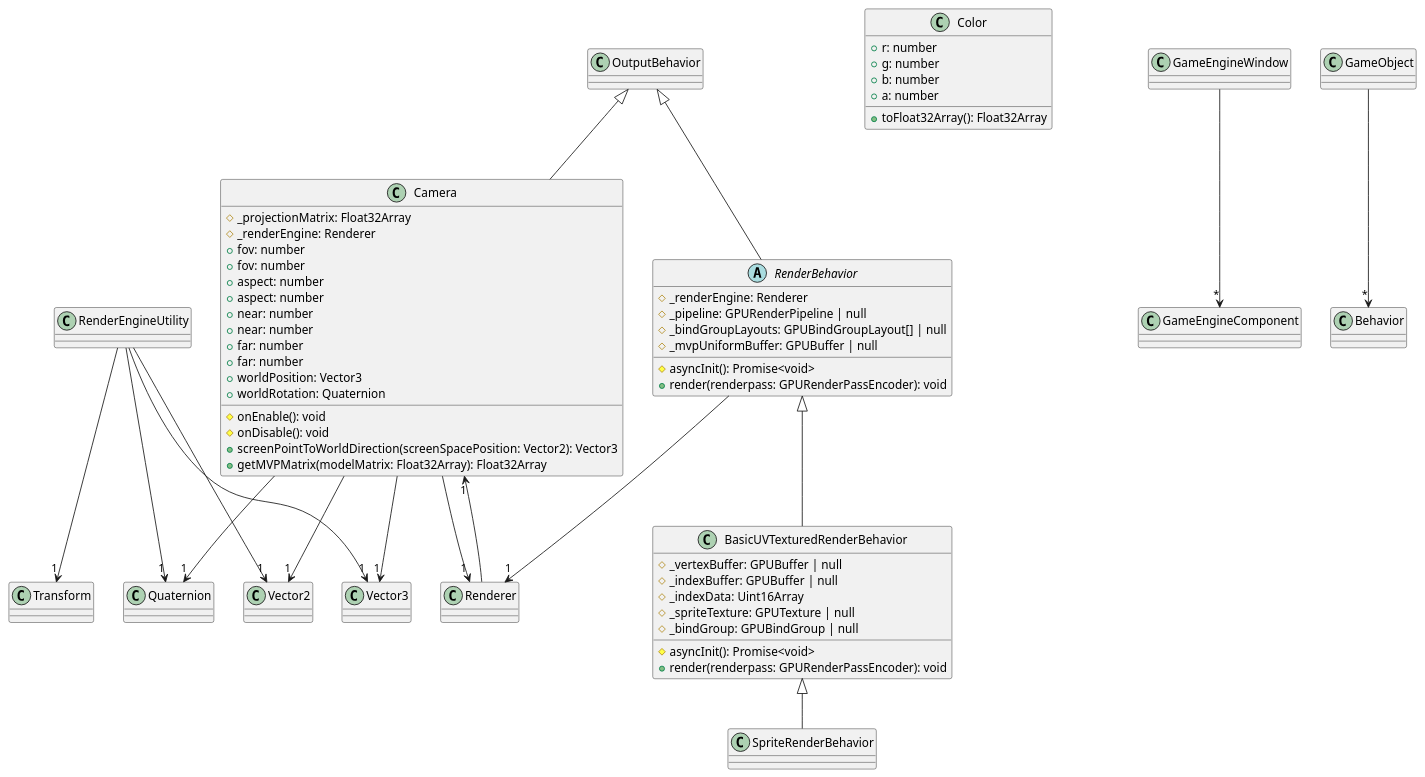
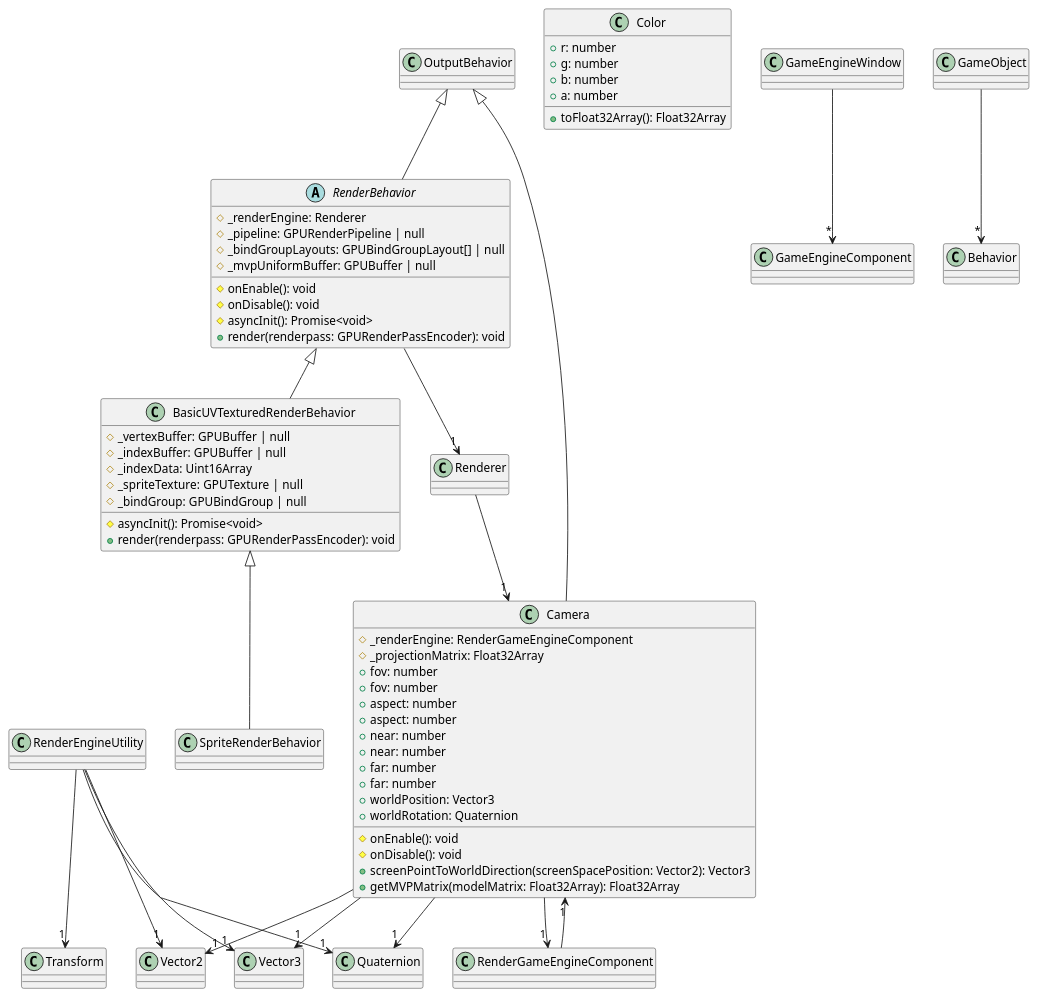
One commit to CPNV-ES/game-engine changed the diagram in doc/diagrams/Extensions_RenderEngine.puml. Above: the diagram before and after it, drawn with PlantUML. The commit also changed 5 other files, not shown here.

Commit message:
docs: generate all class diagrams for 0.4.0

```diff
--- a/doc/diagrams/Extensions_RenderEngine.puml
+++ b/doc/diagrams/Extensions_RenderEngine.puml
@@ -1,59 +1,62 @@
 @startuml
 class RenderEngineUtility {
 }
 class Camera extends OutputBehavior {
+    #_renderEngine: RenderGameEngineComponent
     #_projectionMatrix: Float32Array
-    #_renderEngine: Renderer
     #onEnable(): void
     #onDisable(): void
     +screenPointToWorldDirection(screenSpacePosition: Vector2): Vector3
     +fov: number
     +fov: number
     +aspect: number
     +aspect: number
     +near: number
     +near: number
     +far: number
     +far: number
     +getMVPMatrix(modelMatrix: Float32Array): Float32Array
     +worldPosition: Vector3
     +worldRotation: Quaternion
 }
 abstract class RenderBehavior extends OutputBehavior {
     #_renderEngine: Renderer
     #_pipeline: GPURenderPipeline | null
     #_bindGroupLayouts: GPUBindGroupLayout[] | null
     #_mvpUniformBuffer: GPUBuffer | null
+    #onEnable(): void
+    #onDisable(): void
     #asyncInit(): Promise<void>
     +render(renderpass: GPURenderPassEncoder): void
 }
 class BasicUVTexturedRenderBehavior extends RenderBehavior {
     #_vertexBuffer: GPUBuffer | null
     #_indexBuffer: GPUBuffer | null
     #_indexData: Uint16Array
     #_spriteTexture: GPUTexture | null
     #_bindGroup: GPUBindGroup | null
     #asyncInit(): Promise<void>
     +render(renderpass: GPURenderPassEncoder): void
 }
 class Color {
     +r: number
     +g: number
     +b: number
     +a: number
     +toFloat32Array(): Float32Array
 }
 class SpriteRenderBehavior extends BasicUVTexturedRenderBehavior
 GameEngineWindow --> "*" GameEngineComponent
 GameObject --> "*" Behavior
 RenderEngineUtility --> "1" Transform
 RenderEngineUtility --> "1" Quaternion
 RenderEngineUtility --> "1" Vector2
 RenderEngineUtility --> "1" Vector3
 Renderer --> "1" Camera
-Camera --> "1" Renderer
+RenderGameEngineComponent --> "1" Camera
+Camera --> "1" RenderGameEngineComponent
 Camera --> "1" Vector2
 Camera --> "1" Vector3
 Camera --> "1" Quaternion
 RenderBehavior --> "1" Renderer
 @enduml
```
